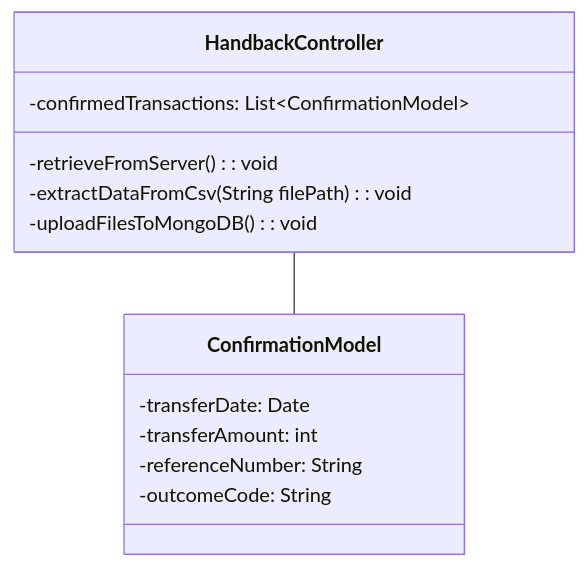
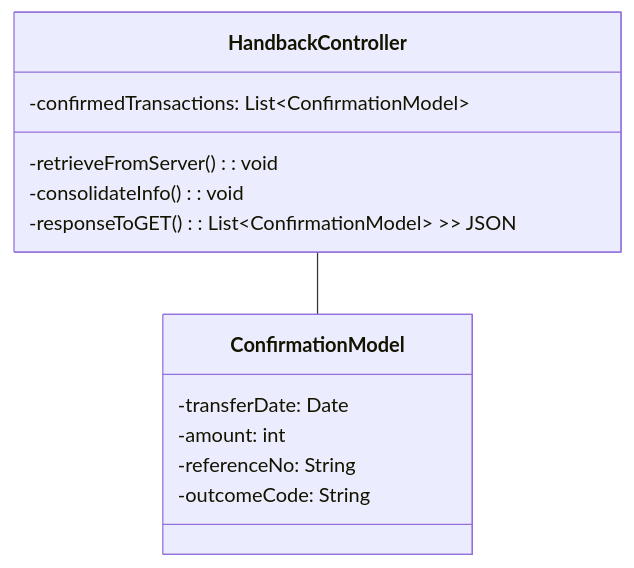
One commit to Sean2309/SoftwareConstructProject changed the eighth of 8 diagrams in UML Class Diagrams/mvcClass.md. Above: the diagram before and after it, drawn with Mermaid. The commit also changed other lines of this file and 2 other files, not shown here.

Commit message:
feat: backend API diagrams

````diff
--- a/UML Class Diagrams/mvcClass.md
+++ b/UML Class Diagrams/mvcClass.md
@@ -216,18 +188,19 @@
 ```mermaid
 classDiagram
 HandbackController -- ConfirmationModel
 
 class HandbackController{
     -confirmedTransactions: List<<list>ConfirmationModel>
+
     -retrieveFromServer(): void
-    -extractDataFromCsv(String filePath): void
-    -uploadFilesToMongoDB(): void
+    -consolidateInfo(): void
+    -responseToGET(): List<<cm>ConfirmationModel> >> JSON
 }
 
 class ConfirmationModel{
     -transferDate: Date
-    -transferAmount: int
-    -referenceNumber: String
+    -amount: int
+    -referenceNo: String
     -outcomeCode: String
 }
 ```
````
